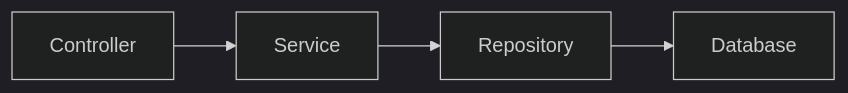
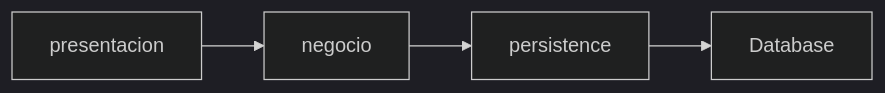
Before and after one commit to crodrigr/skill-spring-boot: the diagram in generador-cursos/curso-spring-boot/05-diseno-api-rest-en-spring-boot/material/slides/presentacion.md, drawn with Mermaid (dark theme). The commit also changed other lines of this file and 122 other files, not shown here.

````diff
--- a/generador-cursos/curso-spring-boot/05-diseno-api-rest-en-spring-boot/material/slides/presentacion.md
+++ b/generador-cursos/curso-spring-boot/05-diseno-api-rest-en-spring-boot/material/slides/presentacion.md
@@ -79,4 +79,4 @@
 ```mermaid
 flowchart LR
-    Controller --> Service --> Repository --> Database
+    presentacion --> negocio --> persistence --> Database
 ```
````
